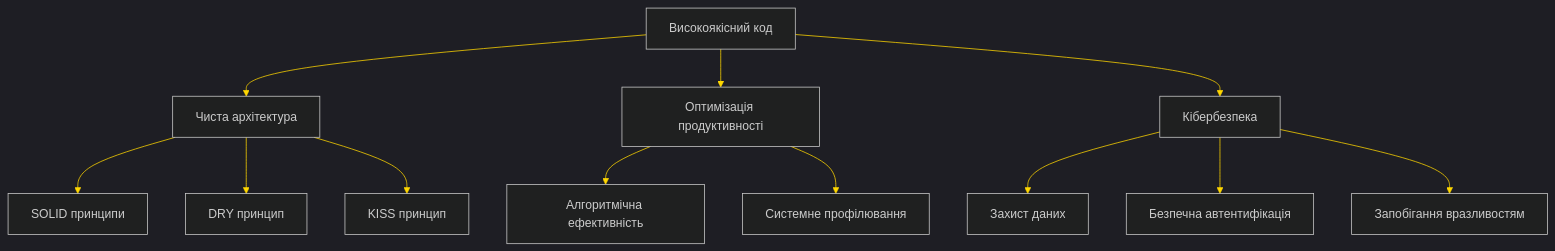
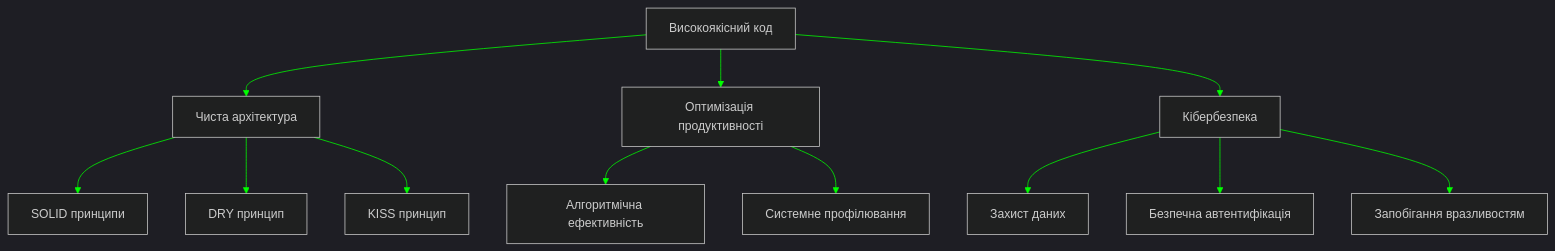
One commit to YALOKGARua/YALOKGARua changed the diagram in README.md. Above: the diagram before and after it, drawn with Mermaid. The commit also changed other lines of this file, not shown here.

````diff
--- a/README.md
+++ b/README.md
@@ -310,18 +354,18 @@
 ```mermaid
-%%{init: {'theme': 'dark', 'themeVariables': { 'primaryColor': '#0057B8', 'primaryTextColor': '#FFD700', 'primaryBorderColor': '#FFD700', 'lineColor': '#FFD700', 'secondaryColor': '#0057B8', 'tertiaryColor': '#0057B8'}}}%%
+%%{init: {'theme': 'dark', 'themeVariables': { 'primaryColor': '#000000', 'primaryTextColor': '#00FF00', 'primaryBorderColor': '#00FF00', 'lineColor': '#00FF00', 'secondaryColor': '#000000', 'tertiaryColor': '#000000'}}}%%
 graph TD
     A[Високоякісний код] --> B[Чиста архітектура]
     A --> C[Оптимізація продуктивності]
     A --> D[Кібербезпека]
     
     B --> E[SOLID принципи]
     B --> F[DRY принцип]
     B --> G[KISS принцип]
     
     C --> H[Алгоритмічна ефективність]
     C --> I[Системне профілювання]
     
     D --> J[Захист даних]
     D --> K[Безпечна автентифікація]
     D --> L[Запобігання вразливостям]
 ```
````
